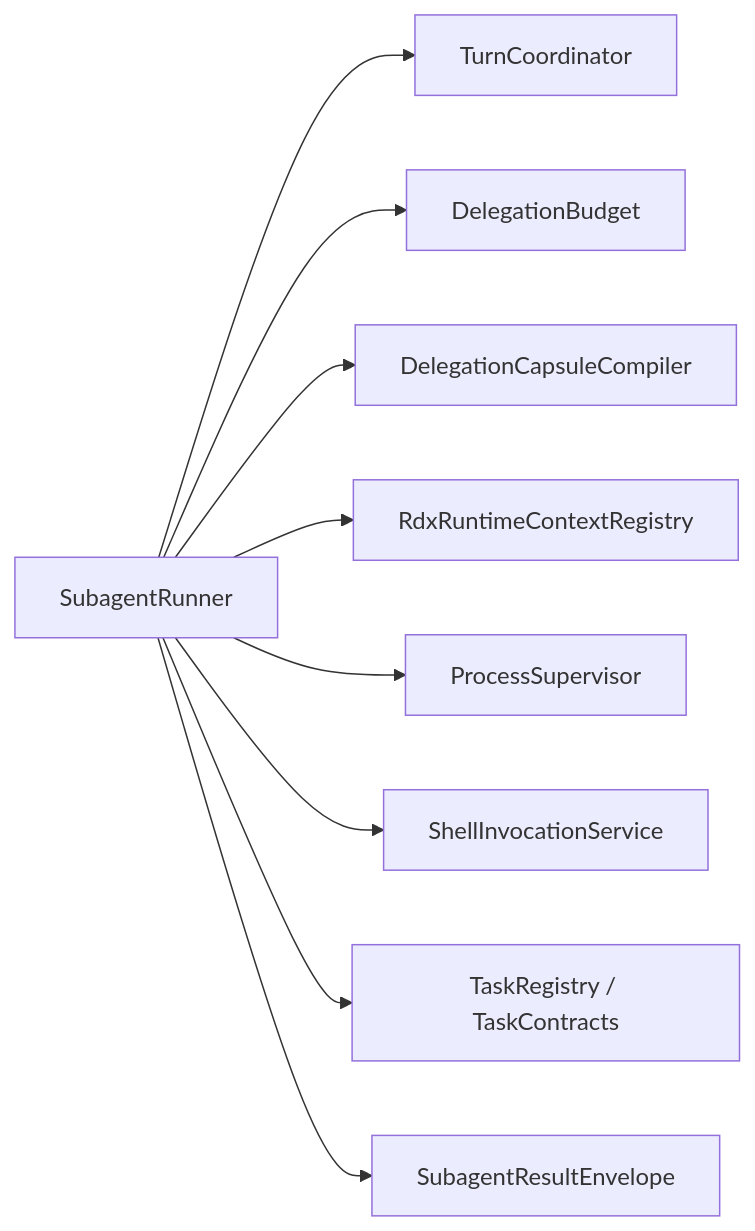
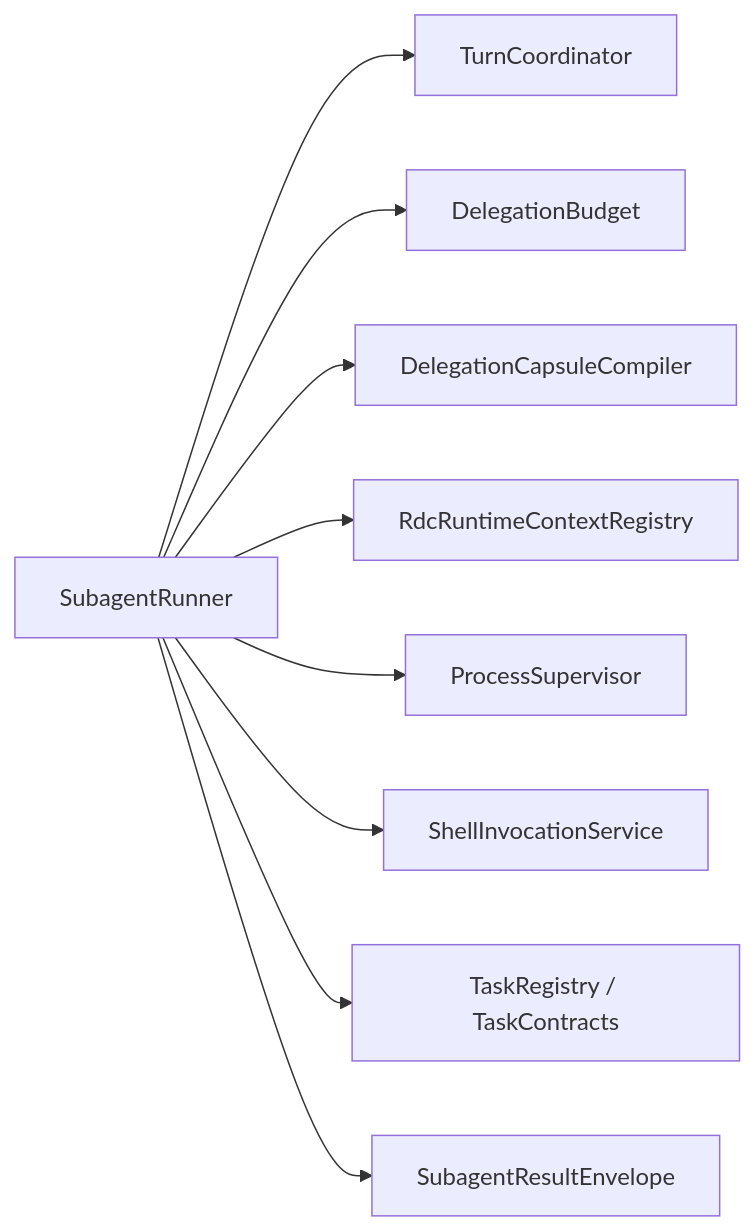
One commit to haolange/RDC-Agent changed the fifth of 5 diagrams in .qoder/repowiki/zh/content/架构设计/核心组件设计/Agent编排器设计/子Agent协调机制.md. Above: the diagram before and after it, drawn with Mermaid. The commit also changed other lines of this file and 557 other files, not shown here.

````diff
--- a/.qoder/repowiki/zh/content/架构设计/核心组件设计/Agent编排器设计/子Agent协调机制.md
+++ b/.qoder/repowiki/zh/content/架构设计/核心组件设计/Agent编排器设计/子Agent协调机制.md
@@ -278,11 +278,11 @@
 ```mermaid
 graph LR
 Runner["SubagentRunner"] --> Coord["TurnCoordinator"]
 Runner --> Budget["DelegationBudget"]
 Runner --> Capsule["DelegationCapsuleCompiler"]
-Runner --> Session["RdxRuntimeContextRegistry"]
+Runner --> Session["RdcRuntimeContextRegistry"]
 Runner --> Proc["ProcessSupervisor"]
 Runner --> Tools["ShellInvocationService"]
 Runner --> Tasks["TaskRegistry / TaskContracts"]
 Runner --> Result["SubagentResultEnvelope"]
 ```
````
